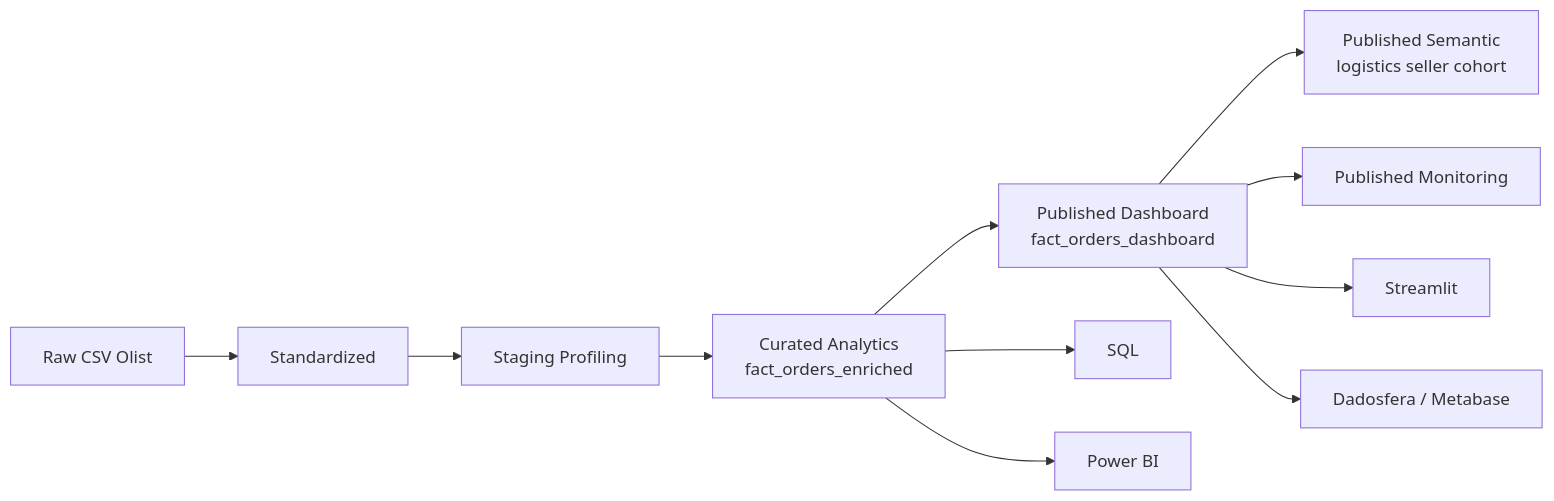
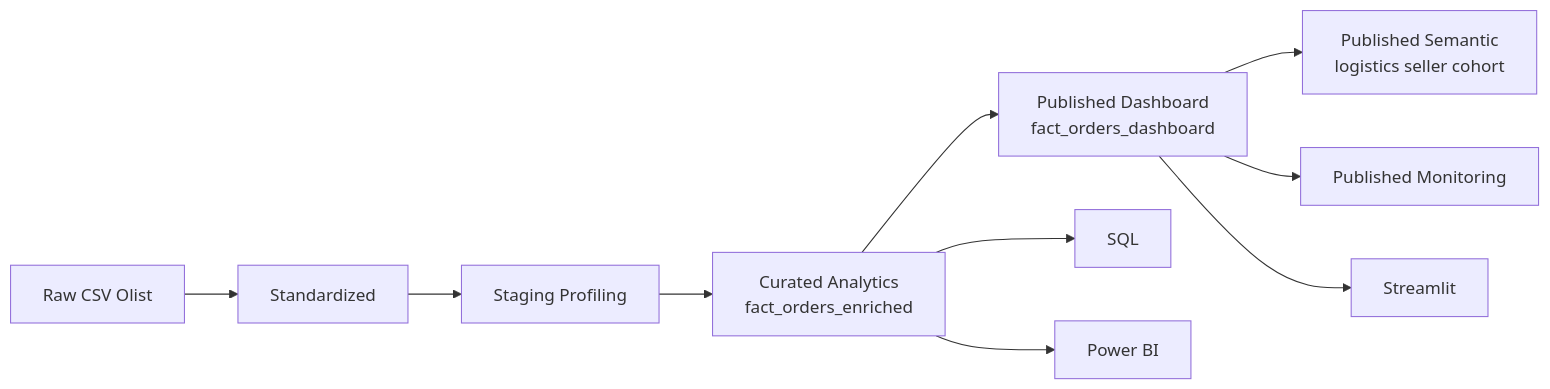
Before and after one commit to samuelmaia-analytics/Governed-Analytics-Platform: the third of 3 diagrams in README.md, drawn with Mermaid. The commit also changed other lines of this file and 88 other files, not shown here.

````diff
--- a/README.md
+++ b/README.md
@@ -88,13 +114,12 @@
 ```mermaid
 flowchart LR
     A[Raw CSV Olist] --> B[Standardized]
     B --> C[Staging Profiling]
     C --> D[Curated Analytics<br/>fact_orders_enriched]
     D --> E[Published Dashboard<br/>fact_orders_dashboard]
     E --> F[Published Semantic<br/>logistics seller cohort]
     E --> G[Published Monitoring]
     E --> H[Streamlit]
     D --> I[SQL]
     D --> J[Power BI]
-    E --> K[Dadosfera / Metabase]
 ```
````
